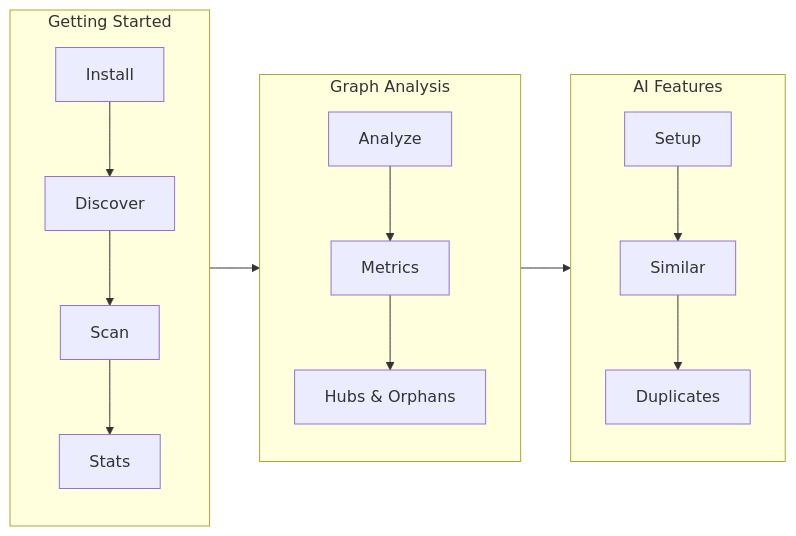
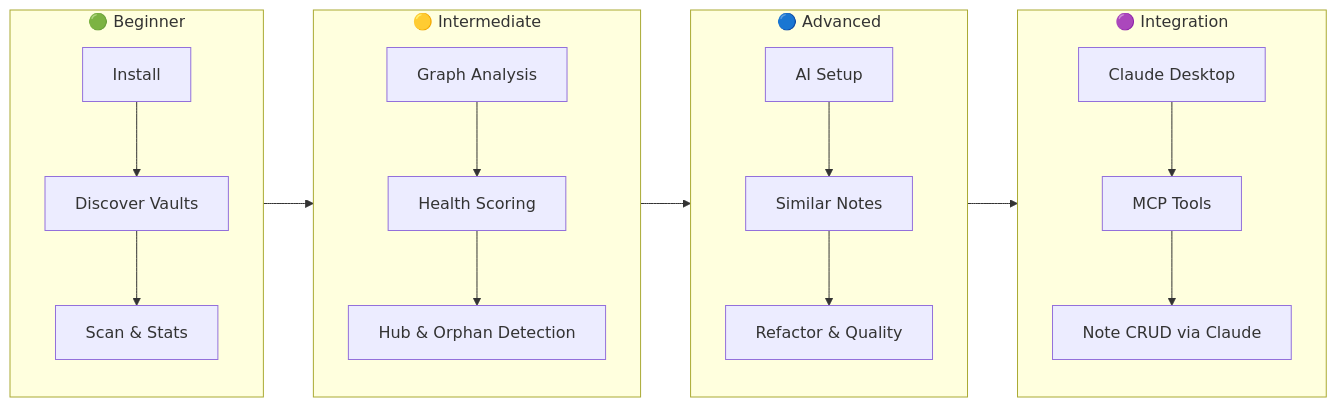
Before and after one commit to Data-Wise/obsidian-cli-ops: the diagram in docs_mkdocs/tutorials/index.md, drawn with Mermaid. The commit also changed other lines of this file and 6 other files, not shown here.

First line of the commit message:
docs: add tutorials tab, MCP tutorial, architecture/API Mermaid diagrams, reorganize Reference nav

````diff
--- a/docs_mkdocs/tutorials/index.md
+++ b/docs_mkdocs/tutorials/index.md
@@ -7,20 +9,24 @@
 ```mermaid
 flowchart LR
-    subgraph L1["Getting Started"]
-        A1[Install] --> A2[Discover]
-        A2 --> A3[Scan]
-        A3 --> A4[Stats]
+    subgraph L1["🟢 Beginner"]
+        A1[Install] --> A2[Discover Vaults]
+        A2 --> A3[Scan & Stats]
     end
 
-    subgraph L2["Graph Analysis"]
-        B1[Analyze] --> B2[Metrics]
-        B2 --> B3[Hubs & Orphans]
+    subgraph L2["🟡 Intermediate"]
+        B1[Graph Analysis] --> B2[Health Scoring]
+        B2 --> B3[Hub & Orphan Detection]
     end
 
-    subgraph L3["AI Features"]
-        C1[Setup] --> C2[Similar]
-        C2 --> C3[Duplicates]
+    subgraph L3["🔵 Advanced"]
+        C1[AI Setup] --> C2[Similar Notes]
+        C2 --> C3[Refactor & Quality]
     end
 
-    L1 --> L2 --> L3
+    subgraph L4["🟣 Integration"]
+        D1[Claude Desktop] --> D2[MCP Tools]
+        D2 --> D3[Note CRUD via Claude]
+    end
+
+    L1 --> L2 --> L3 --> L4
 ```
````
